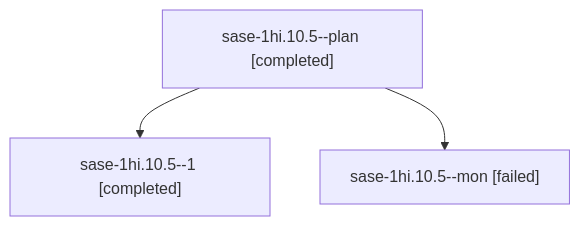
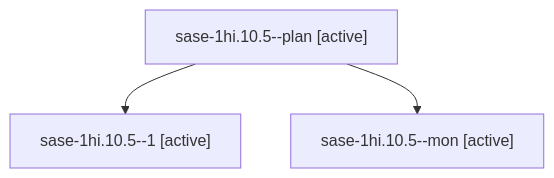
One commit to sase-org/sase--agents changed the diagram in sessions/bbugyi200.apollo.sase-1hi.10.5.md. Above: the diagram before and after it, drawn with Mermaid. The commit also changed other lines of this file and 330 other files, not shown here.

````diff
--- a/sessions/bbugyi200.apollo.sase-1hi.10.5.md
+++ b/sessions/bbugyi200.apollo.sase-1hi.10.5.md
@@ -9,8 +9,8 @@
 ```mermaid
 flowchart TD
-  n0["sase-1hi.10.5--plan [completed]"]
-  n1["sase-1hi.10.5--1 [completed]"]
+  n0["sase-1hi.10.5--plan [active]"]
+  n1["sase-1hi.10.5--1 [active]"]
   n0 --> n1
-  n2["sase-1hi.10.5--mon [failed]"]
+  n2["sase-1hi.10.5--mon [active]"]
   n0 --> n2
 ```
````
